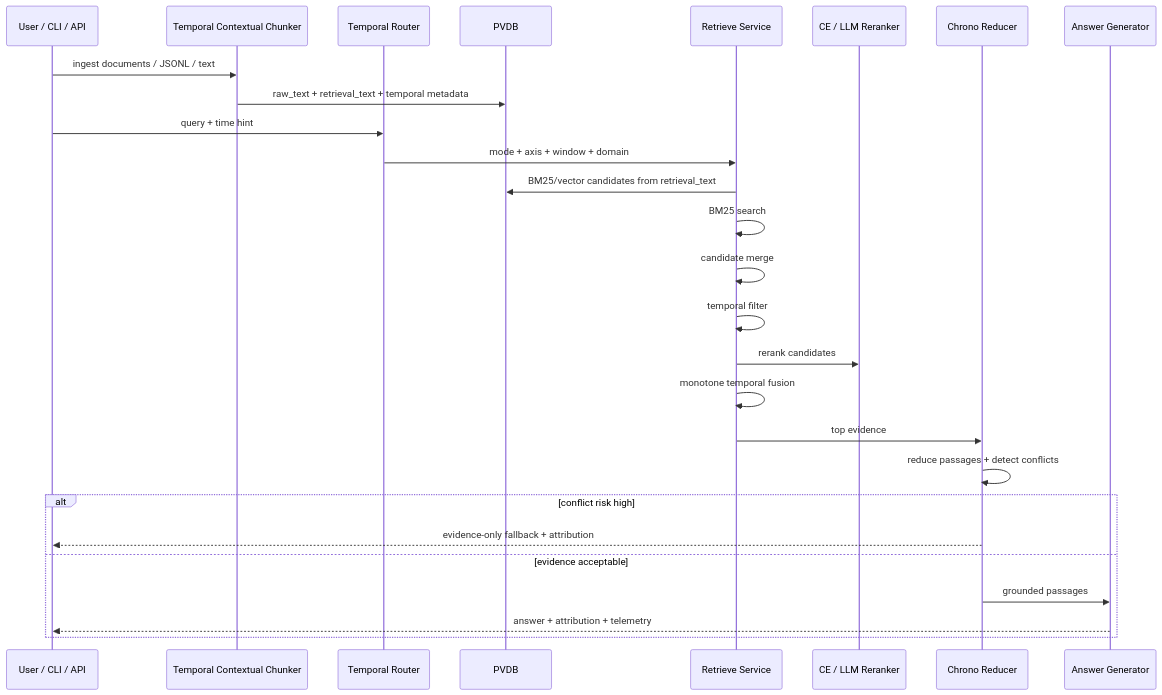
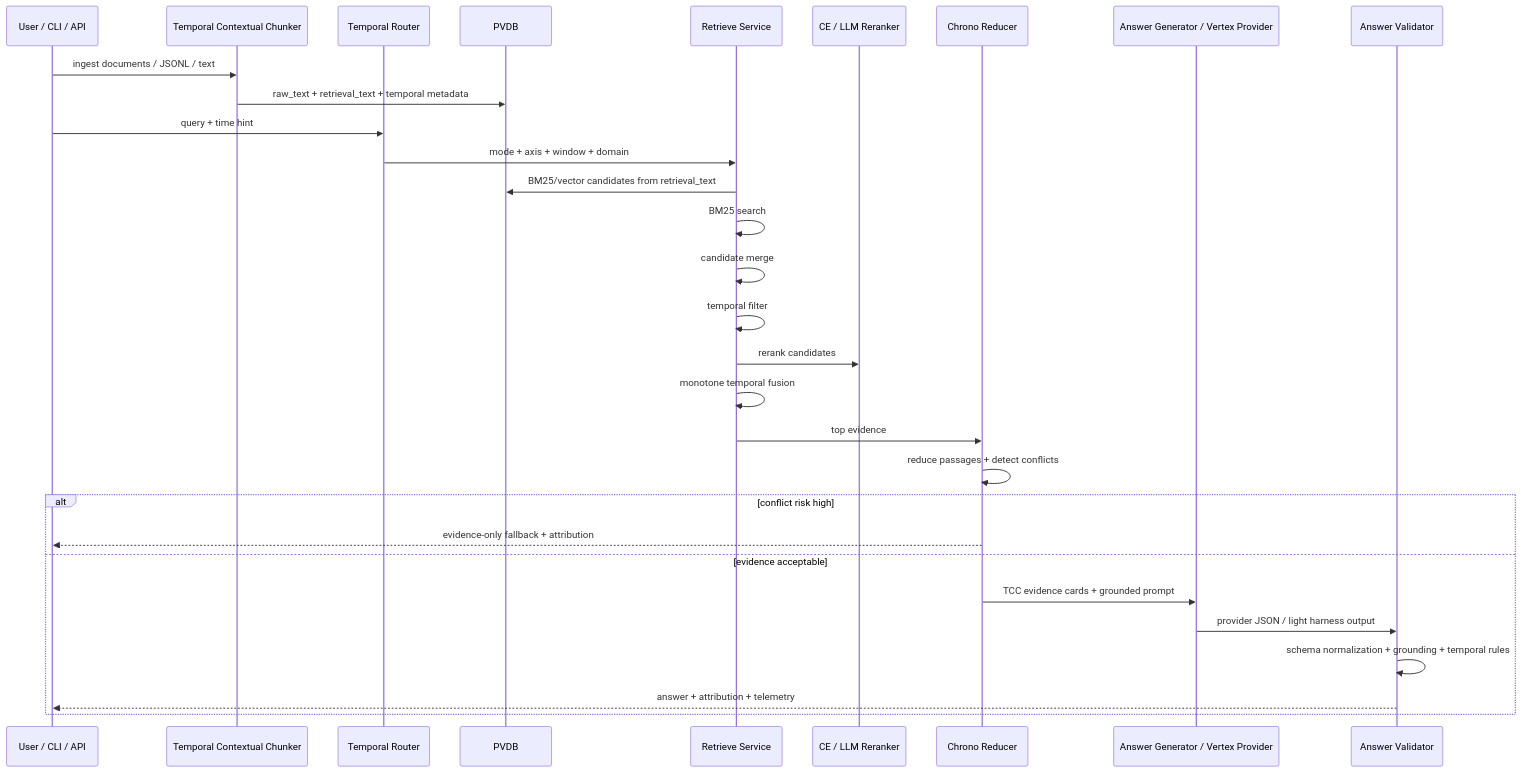
Before and after one commit to SSKG2602/chronorag-acv: the diagram in docs/ARCHITECTURE.md, drawn with Mermaid. The commit also changed other lines of this file and 33 other files, not shown here.

````diff
--- a/docs/ARCHITECTURE.md
+++ b/docs/ARCHITECTURE.md
@@ -105,30 +105,33 @@
 ```mermaid
 sequenceDiagram
     participant U as User / CLI / API
     participant Chunker as Temporal Contextual Chunker
     participant Router as Temporal Router
     participant PVDB as PVDB
     participant Retriever as Retrieve Service
     participant Reranker as CE / LLM Reranker
     participant Reducer as Chrono Reducer
-    participant Generator as Answer Generator
+    participant Generator as Answer Generator / Vertex Provider
+    participant Validator as Answer Validator
 
     U->>Chunker: ingest documents / JSONL / text
     Chunker->>PVDB: raw_text + retrieval_text + temporal metadata
     U->>Router: query + time hint
     Router->>Retriever: mode + axis + window + domain
     Retriever->>PVDB: BM25/vector candidates from retrieval_text
     Retriever->>Retriever: BM25 search
     Retriever->>Retriever: candidate merge
     Retriever->>Retriever: temporal filter
     Retriever->>Reranker: rerank candidates
     Retriever->>Retriever: monotone temporal fusion
     Retriever->>Reducer: top evidence
     Reducer->>Reducer: reduce passages + detect conflicts
     alt conflict risk high
         Reducer-->>U: evidence-only fallback + attribution
     else evidence acceptable
-        Reducer->>Generator: grounded passages
-        Generator-->>U: answer + attribution + telemetry
+        Reducer->>Generator: TCC evidence cards + grounded prompt
+        Generator->>Validator: provider JSON / light harness output
+        Validator->>Validator: schema normalization + grounding + temporal rules
+        Validator-->>U: answer + attribution + telemetry
     end
 ```
````
